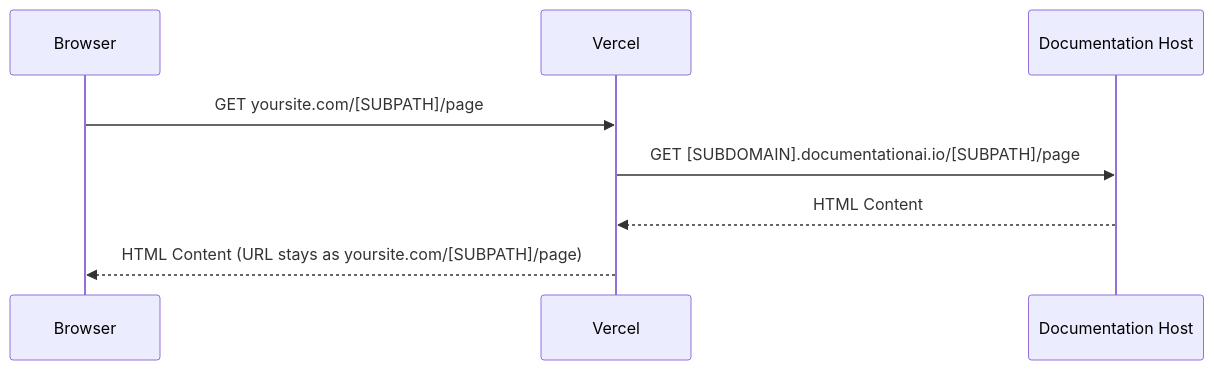
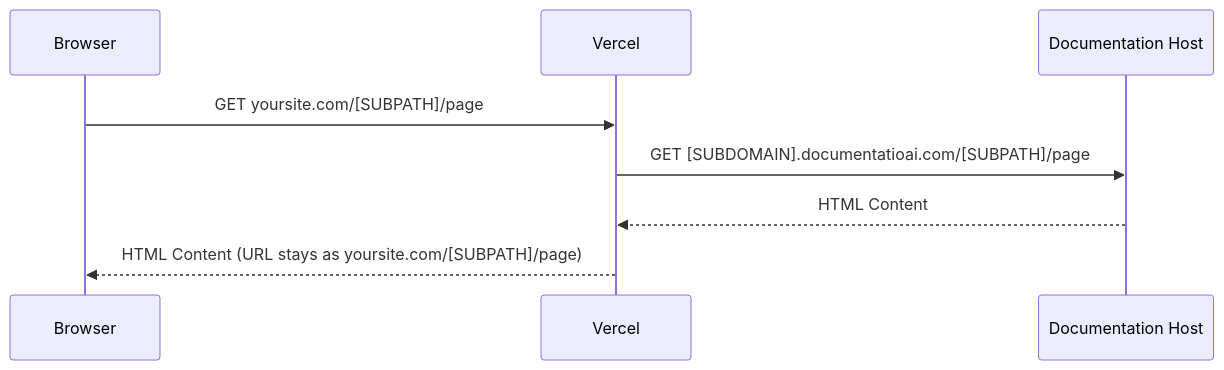
Before and after one commit to documentation-ai/DocumentationAI-Docs: the diagram in customization-and-configuration/custom-subpath/vercel.mdx, drawn with Mermaid. The commit also changed other lines of this file, not shown here.

`````diff
--- a/customization-and-configuration/custom-subpath/vercel.mdx
+++ b/customization-and-configuration/custom-subpath/vercel.mdx
@@ -18,10 +18,10 @@
 ````mermaid
 sequenceDiagram
     participant Browser
     participant Vercel
     participant Docs as Documentation Host
     Browser->>Vercel: GET yoursite.com/[SUBPATH]/page
-    Vercel->>Docs: GET [SUBDOMAIN].documentationai.io/[SUBPATH]/page
+    Vercel->>Docs: GET [SUBDOMAIN].documentatioai.com/[SUBPATH]/page
     Docs-->>Vercel: HTML Content
     Vercel-->>Browser: HTML Content (URL stays as yoursite.com/[SUBPATH]/page)
 ````
`````
